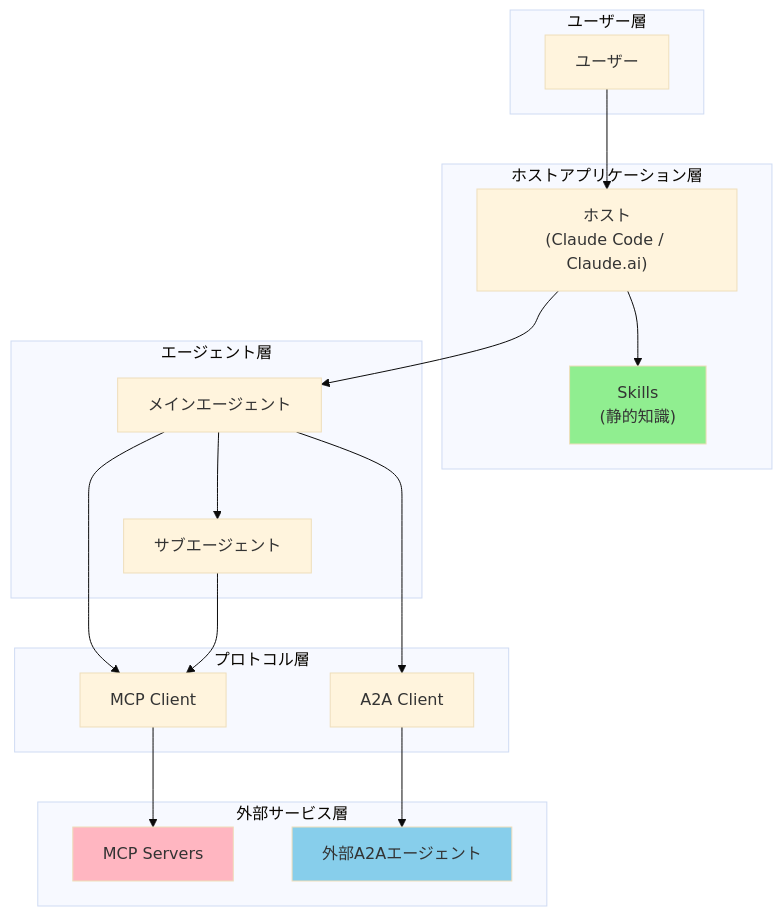
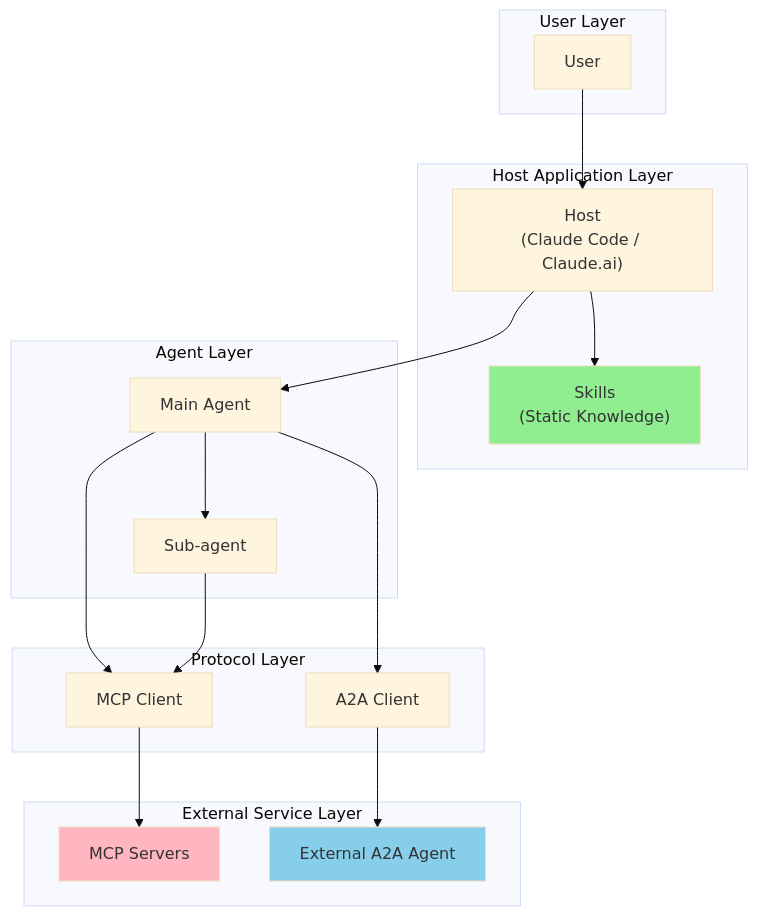
The first of 8 diagrams in docs/concepts/03-architecture.md (shuji-bonji/ai-agent-architecture), drawn with Mermaid (base theme) before and after one commit. The commit also changed other lines of this file and 42 other files, not shown here.

````diff
--- a/docs/concepts/03-architecture.md
+++ b/docs/concepts/03-architecture.md
@@ -54,40 +56,40 @@
 ```mermaid
 graph TB
-    subgraph ユーザー層
-        USER[ユーザー]
+    subgraph User Layer
+        USER[User]
     end
 
-    subgraph ホストアプリケーション層
-        HOST["ホスト<br/>(Claude Code / Claude.ai)"]
-        SKILL["Skills<br/>(静的知識)"]
+    subgraph Host Application Layer
+        HOST["Host<br/>(Claude Code / Claude.ai)"]
+        SKILL["Skills<br/>(Static Knowledge)"]
     end
 
-    subgraph エージェント層
-        MAIN["メインエージェント"]
-        SUB["サブエージェント"]
+    subgraph Agent Layer
+        MAIN["Main Agent"]
+        SUB["Sub-agent"]
     end
 
-    subgraph プロトコル層
+    subgraph Protocol Layer
         MCP_CLIENT["MCP Client"]
         A2A_CLIENT["A2A Client"]
     end
 
-    subgraph 外部サービス層
+    subgraph External Service Layer
         MCP_SERVER["MCP Servers"]
-        A2A_AGENT["外部A2Aエージェント"]
+        A2A_AGENT["External A2A Agent"]
     end
 
     USER --> HOST
     HOST --> SKILL
     HOST --> MAIN
     MAIN --> SUB
     MAIN --> MCP_CLIENT
     MAIN --> A2A_CLIENT
     SUB --> MCP_CLIENT
     MCP_CLIENT --> MCP_SERVER
     A2A_CLIENT --> A2A_AGENT
 
     style SKILL fill:#90EE90
     style MCP_SERVER fill:#FFB6C1
     style A2A_AGENT fill:#87CEEB
 ```
````
